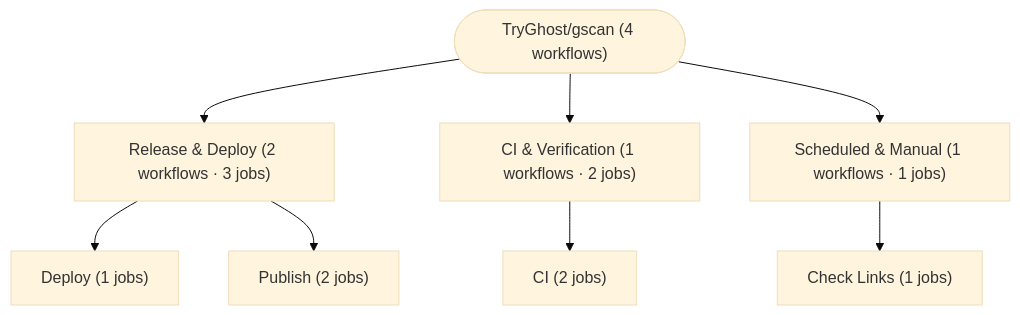
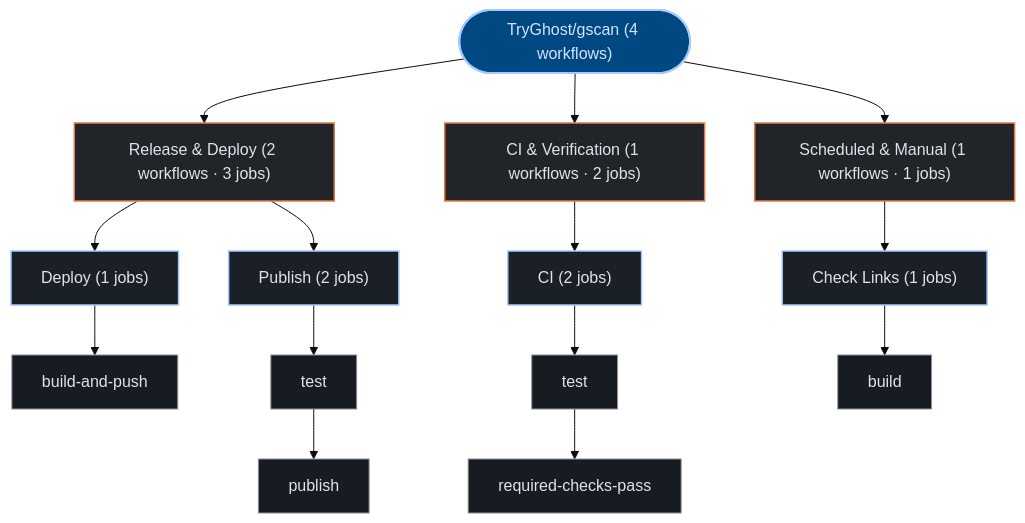
One commit to kumarshaz/atruss-code-atlas changed the third of 3 diagrams in exports/latest/reports/TryGhost-gscan-report.md. Above: the diagram before and after it, drawn with Mermaid (base theme). The commit also changed other lines of this file and 331 other files, not shown here.

Commit message:
docs,ui,fix: update SDLC docs, reorder CI/CD DAG first, stylize Mermaid, and fix Arc42 pipeline topology

````diff
--- a/exports/latest/reports/TryGhost-gscan-report.md
+++ b/exports/latest/reports/TryGhost-gscan-report.md
@@ -269,18 +280,37 @@
 ```mermaid
 graph TD;
-  pipeline_root(["TryGhost/gscan (4 workflows)"])
-  grp_0_Release___Deploy["Release & Deploy (2 workflows · 3 jobs)"]
+  classDef atlasRoot fill:#004882,stroke:#a3c9ff,stroke-width:2px,color:#d3e4ff
+  classDef atlasCategory fill:#212428,stroke:#E87A48,stroke-width:1.5px,color:#dfe3eb
+  classDef atlasWorkflow fill:#1b2026,stroke:#a3c9ff,stroke-width:1.5px,color:#dfe3eb
+  classDef atlasJob fill:#171c22,stroke:#8d9199,stroke-width:1px,color:#dfe3eb
+  classDef atlasTarget fill:#005227,stroke:#8bd99b,stroke-width:1.5px,color:#a7f6b6
+  classDef atlasAlert fill:#93000a,stroke:#ffb4ab,stroke-width:1.5px,color:#ffdad6
+  classDef atlasMore fill:#252a31,stroke:#8d9199,stroke-dasharray:4 4,color:#c3c6cf
+  pipeline_root(["TryGhost/gscan (4 workflows)"]):::atlasRoot
+  grp_0_Release___Deploy["Release & Deploy (2 workflows · 3 jobs)"]:::atlasCategory
   pipeline_root --> grp_0_Release___Deploy
-  wf_2_Deploy["Deploy (1 jobs)"]
+  wf_2_Deploy["Deploy (1 jobs)"]:::atlasWorkflow
   grp_0_Release___Deploy --> wf_2_Deploy
-  wf_3_Publish["Publish (2 jobs)"]
+  job_2_build_and_push["build-and-push"]:::atlasJob
+  wf_2_Deploy --> job_2_build_and_push
+  wf_3_Publish["Publish (2 jobs)"]:::atlasWorkflow
   grp_0_Release___Deploy --> wf_3_Publish
-  grp_1_CI___Verification["CI & Verification (1 workflows · 2 jobs)"]
+  job_3_test["test"]:::atlasJob
+  job_3_publish["publish"]:::atlasJob
+  wf_3_Publish --> job_3_test
+  job_3_test --> job_3_publish
+  grp_1_CI___Verification["CI & Verification (1 workflows · 2 jobs)"]:::atlasCategory
   pipeline_root --> grp_1_CI___Verification
-  wf_1_CI["CI (2 jobs)"]
+  wf_1_CI["CI (2 jobs)"]:::atlasWorkflow
   grp_1_CI___Verification --> wf_1_CI
-  grp_2_Scheduled___Manual["Scheduled & Manual (1 workflows · 1 jobs)"]
+  job_1_test["test"]:::atlasJob
+  job_1_required_checks_pass["required-checks-pass"]:::atlasJob
+  wf_1_CI --> job_1_test
+  job_1_test --> job_1_required_checks_pass
+  grp_2_Scheduled___Manual["Scheduled & Manual (1 workflows · 1 jobs)"]:::atlasCategory
   pipeline_root --> grp_2_Scheduled___Manual
-  wf_0_Check_Links["Check Links (1 jobs)"]
+  wf_0_Check_Links["Check Links (1 jobs)"]:::atlasWorkflow
   grp_2_Scheduled___Manual --> wf_0_Check_Links
+  job_0_build["build"]:::atlasJob
+  wf_0_Check_Links --> job_0_build
 ```
````
